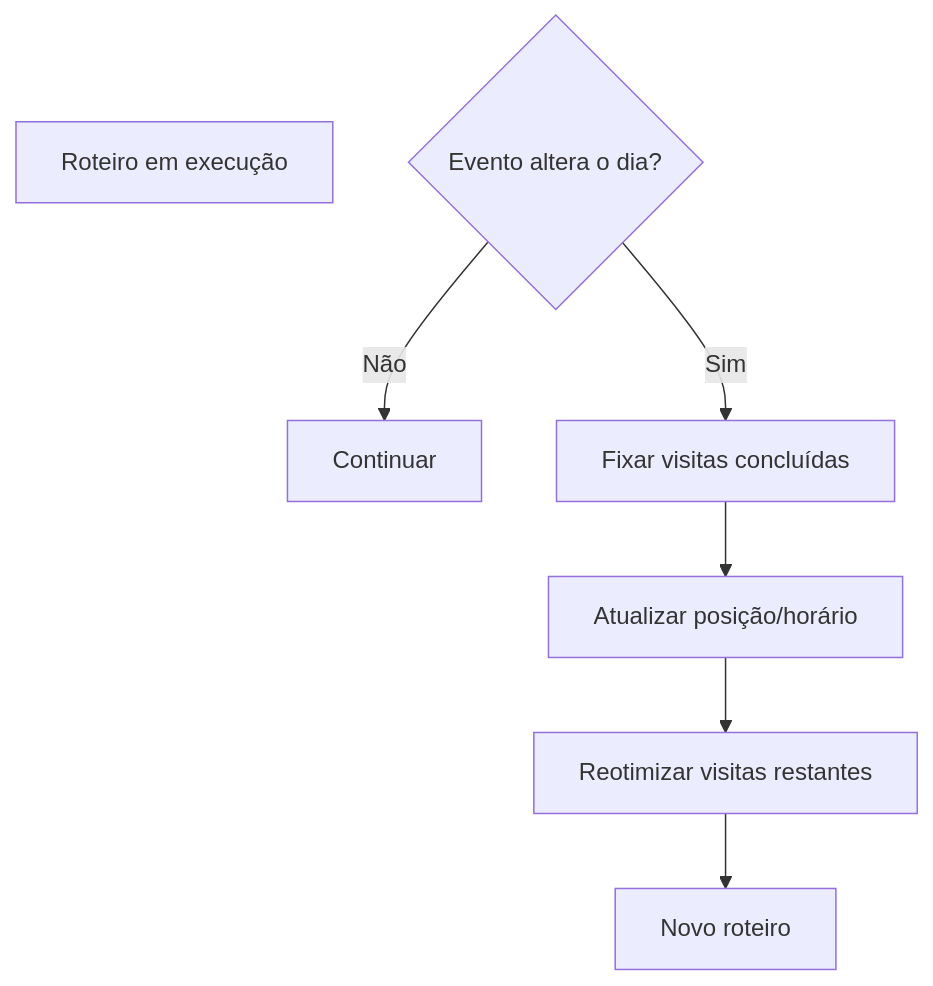
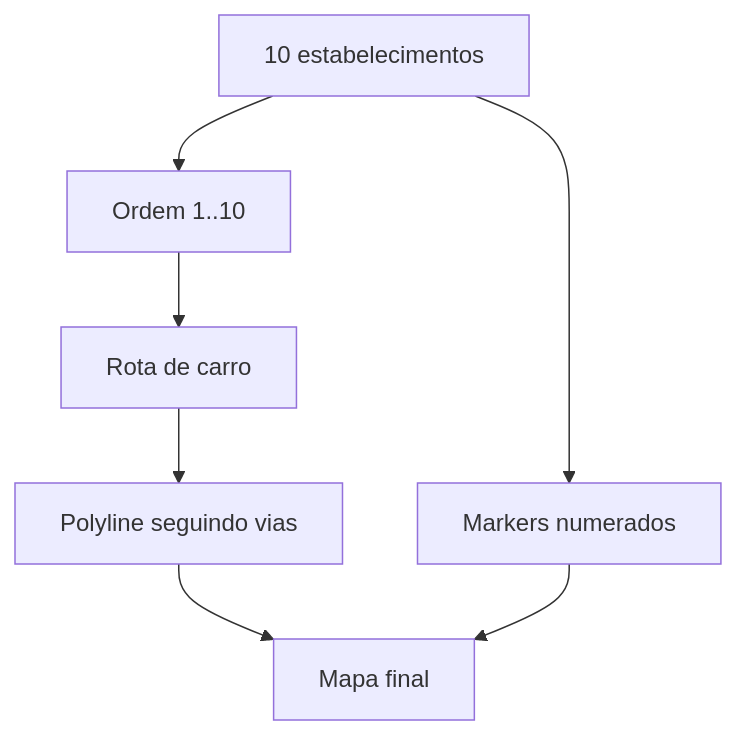
The second of 2 diagrams in roteiro-inteligente/docs/02-ARCHITECTURE.md (sales-force-pb/melhor-abordagem), drawn with Mermaid before and after one commit. The commit also changed other lines of this file, not shown here.

Commit message:
docs: focus architecture on Google driving route

````diff
--- a/roteiro-inteligente/docs/02-ARCHITECTURE.md
+++ b/roteiro-inteligente/docs/02-ARCHITECTURE.md
@@ -46,10 +44,16 @@
 ```mermaid
-flowchart TD
-    A[Roteiro em execução]
-    B{Evento altera o dia?}
-    B -- Não --> C[Continuar]
-    B -- Sim --> D[Fixar visitas concluídas]
-    D --> E[Atualizar posição/horário]
-    E --> F[Reotimizar visitas restantes]
-    F --> G[Novo roteiro]
+flowchart TB
+    S[10 estabelecimentos]
+    O[Ordem 1..10]
+    R[Rota de carro]
+    L[Polyline seguindo vias]
+    MK[Markers numerados]
+    M[Mapa final]
+
+    S --> O
+    O --> R
+    R --> L
+    S --> MK
+    L --> M
+    MK --> M
 ```
````
